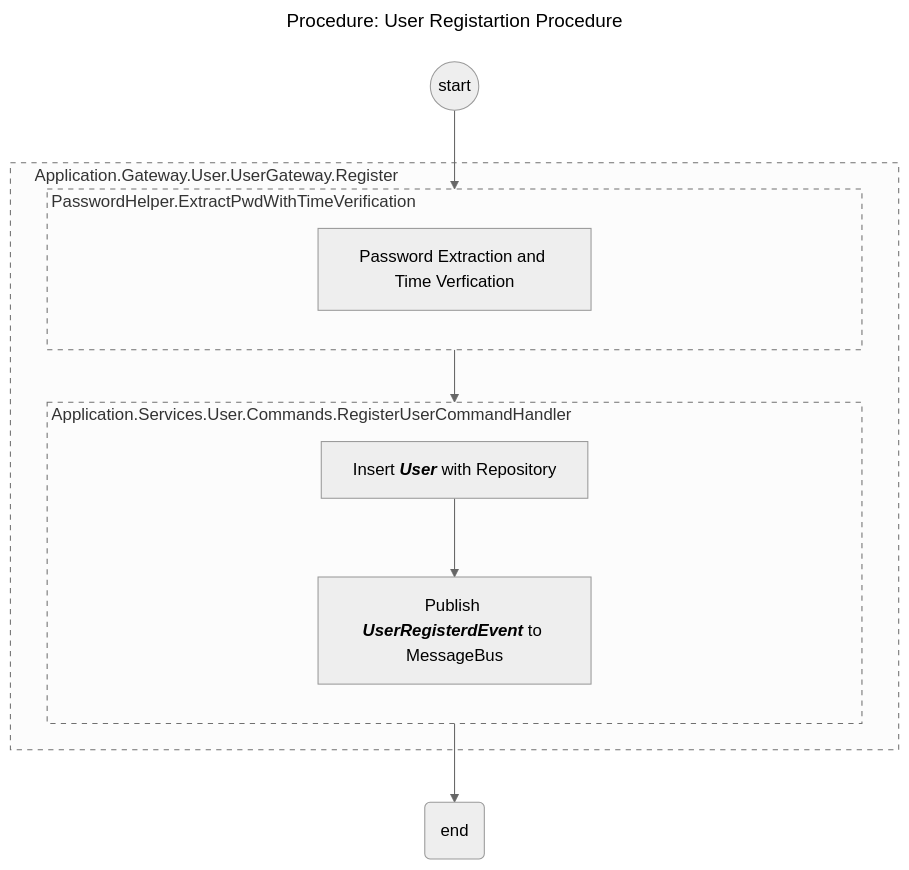
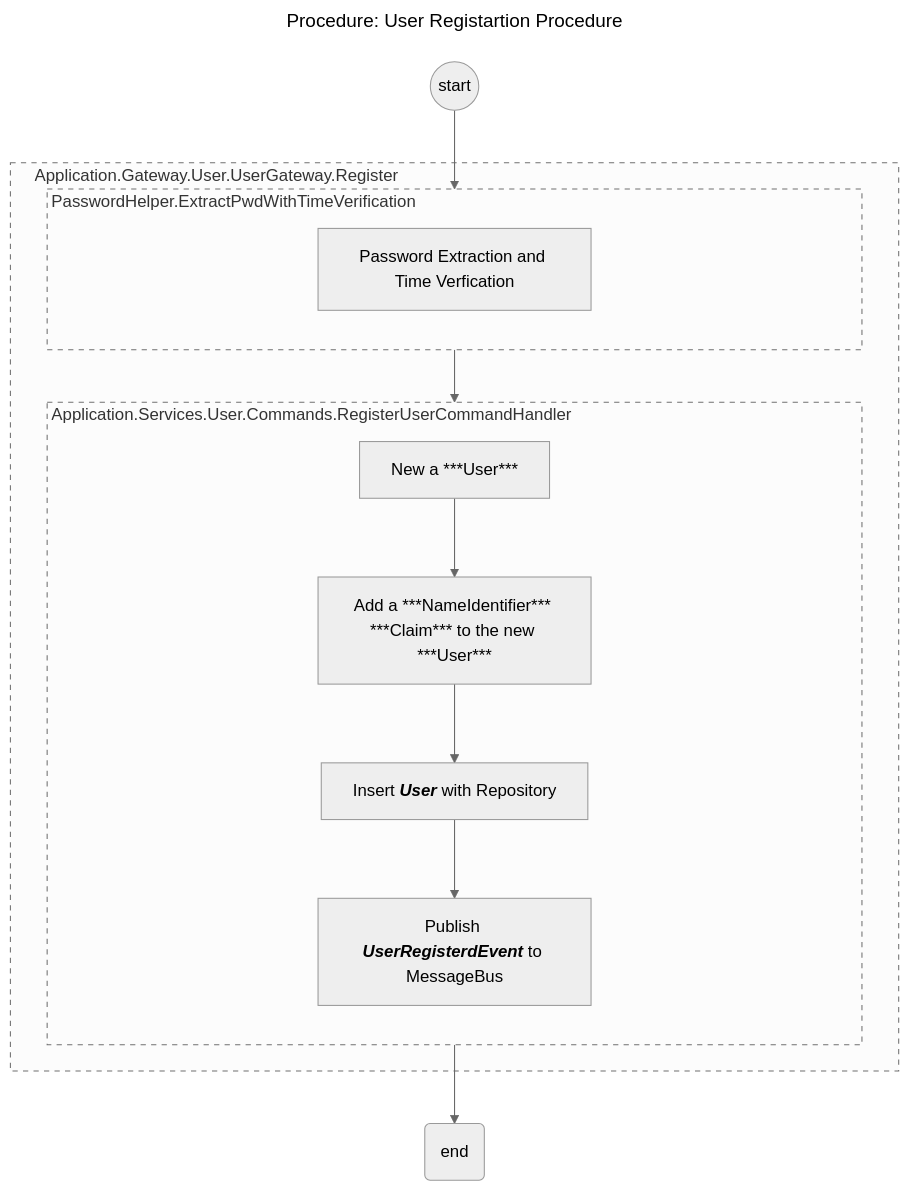
Before and after one commit to sdlfly2000/AuthenticationServer: the first of 2 diagrams in UML/Application/Application.Gateway.User.UserGateway.md, drawn with Mermaid (neutral theme). The commit also changed other lines of this file and 2 other files, not shown here.

Commit message:
#28 add a default claim NameIdentifier when registering a user

````diff
--- a/UML/Application/Application.Gateway.User.UserGateway.md
+++ b/UML/Application/Application.Gateway.User.UserGateway.md
@@ -3,34 +3,36 @@
 ```mermaid
 ---
 title: "Procedure: User Registartion Procedure"
 ---
 
 flowchart TB
     start_overall((start))
 
     subgraph user_register[<div style='display:flex; justify-content:flex-start; align-items:flex-start;width:50em'>Application.Gateway.User.UserGateway.Register</div>]
 
         subgraph password_extraction_verification[<div style='display:flex; justify-content:flex-start; align-items:flex-start;width:48em'>PasswordHelper.ExtractPwdWithTimeVerification</div>]
             direction TB
             PwdExtraction[Password Extraction and Time Verfication]
         end
 
         subgraph insert_user_database[<div style='display:flex; justify-content:flex-start; align-items:flex-start;width:48em'>Application.Services.User.Commands.RegisterUserCommandHandler</div>]
             direction TB
+            NewUser["New a ***User***"] -->
+            AddNameIdentifier["Add a ***NameIdentifier*** ***Claim*** to the new ***User***"] -->
             InsertUser["`Insert ***User*** with Repository`"]
             PublishUserMessage["`Publish ***UserRegisterdEvent*** to MessageBus`"]
         end
     end
 
     end_overall(end)
 
     %%{relationship}%%
-    start_overall --> PwdExtraction -->
+    start_overall --> PwdExtraction --> NewUser
     InsertUser --> PublishUserMessage -->
     end_overall
 
     %% Custom Styles
     style user_register stroke-dasharray: 5 5;
     style password_extraction_verification stroke-dasharray: 5 5;
     style insert_user_database stroke-dasharray: 5 5;        
 ```
````
